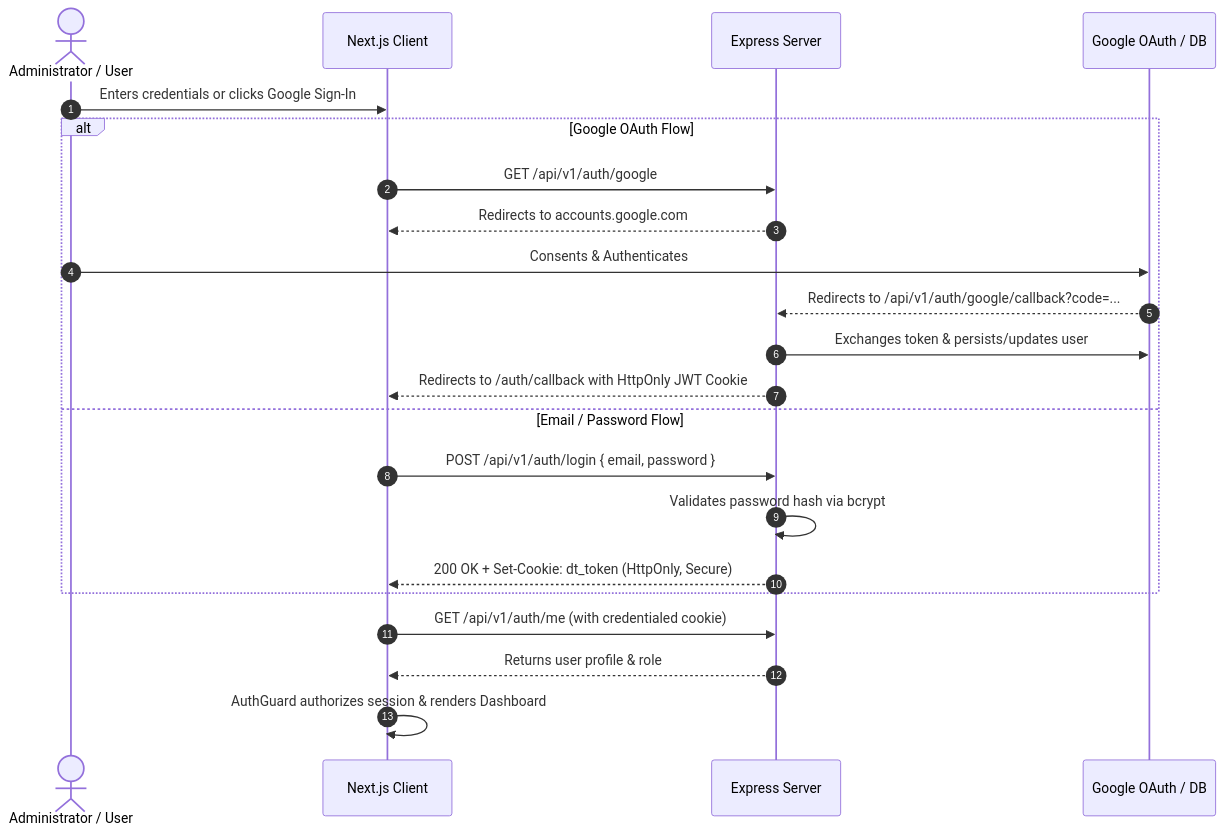
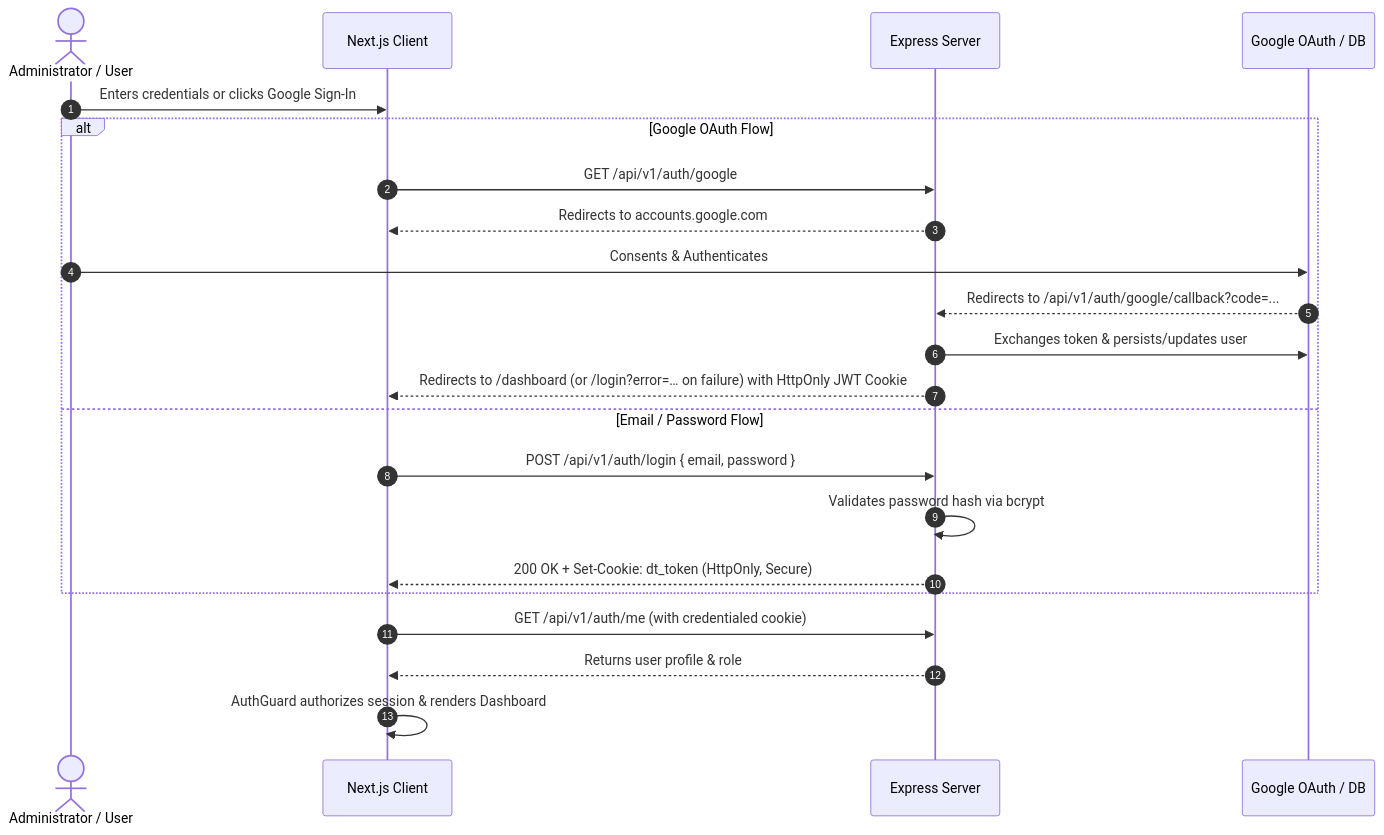
One commit to shahed-hassan-fz-rabbi/doctor-tracker-client changed the first of 2 diagrams in README.md. Above: the diagram before and after it, drawn with Mermaid. The commit also changed other lines of this file, not shown here.

````diff
--- a/README.md
+++ b/README.md
@@ -149,25 +149,25 @@
 ```mermaid
 sequenceDiagram
     autonumber
     actor User as Administrator / User
     participant Browser as Next.js Client
     participant API as Express Server
     participant Auth as Google OAuth / DB
 
     User->>Browser: Enters credentials or clicks Google Sign-In
     alt Google OAuth Flow
         Browser->>API: GET /api/v1/auth/google
         API-->>Browser: Redirects to accounts.google.com
         User->>Auth: Consents & Authenticates
         Auth-->>API: Redirects to /api/v1/auth/google/callback?code=...
         API->>Auth: Exchanges token & persists/updates user
-        API-->>Browser: Redirects to /auth/callback with HttpOnly JWT Cookie
+        API-->>Browser: Redirects to /dashboard (or /login?error=… on failure) with HttpOnly JWT Cookie
     else Email / Password Flow
         Browser->>API: POST /api/v1/auth/login { email, password }
         API->>API: Validates password hash via bcrypt
         API-->>Browser: 200 OK + Set-Cookie: dt_token (HttpOnly, Secure)
     end
     Browser->>API: GET /api/v1/auth/me (with credentialed cookie)
     API-->>Browser: Returns user profile & role
     Browser->>Browser: AuthGuard authorizes session & renders Dashboard
 ```
````
